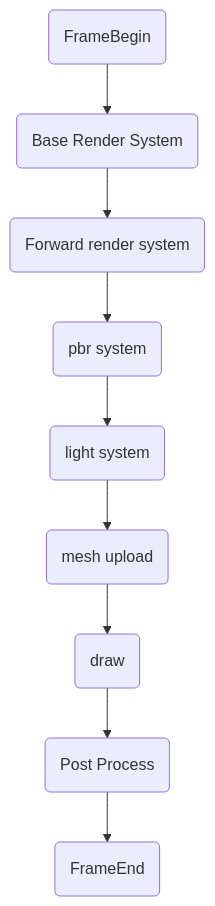
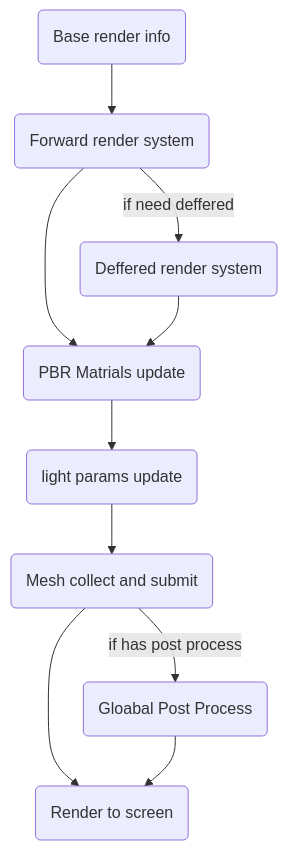
The second of 2 diagrams in Core/src/Modules/Renderer/Renderer.md (Thenecromance/MonkeyRenderer), drawn with Mermaid before and after one commit. The commit also changed other lines of this file and 22 other files, not shown here.

````diff
--- a/Core/src/Modules/Renderer/Renderer.md
+++ b/Core/src/Modules/Renderer/Renderer.md
@@ -15,27 +23,29 @@
 ```mermaid
 graph TB
-   Begin(FrameBegin)
-   End(FrameEnd)
-   Base(Base Render System )
-   Forward(Forward render system)
-   pbr(pbr system)
-   light(light system)
-   mesh(mesh upload)
-   pp(Post Process)
-   render(draw)
 
-   Begin-->Base
+RTS(Render to screen)
 
-   Base-->Forward
+FRS(Forward render system)
+DRS(Deffered render system)
 
-   Forward-->pbr
-
-   pbr-->light
-   light-->mesh
-   mesh-->render
-   render-->pp
-
-    pp-->End
+BRI(Base render info) 
+PBR(PBR Matrials update)
+LPU(light params update)
+MC(Mesh collect and submit)
+GPP(Gloabal Post Process)
+PBR--> LPU
+LPU--> MC
+MC-->RTS
 
 
+BRI --> FRS
+FRS-->|if need deffered| DRS
+FRS-->PBR
+
+
+DRS--> PBR
+
+MC-->|if has post process| GPP
+
+GPP-->RTS
 ```
````
